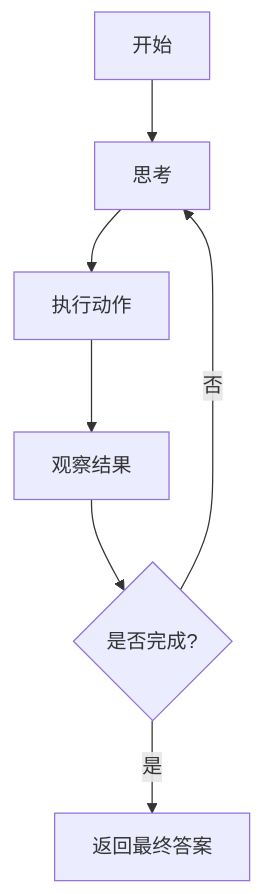
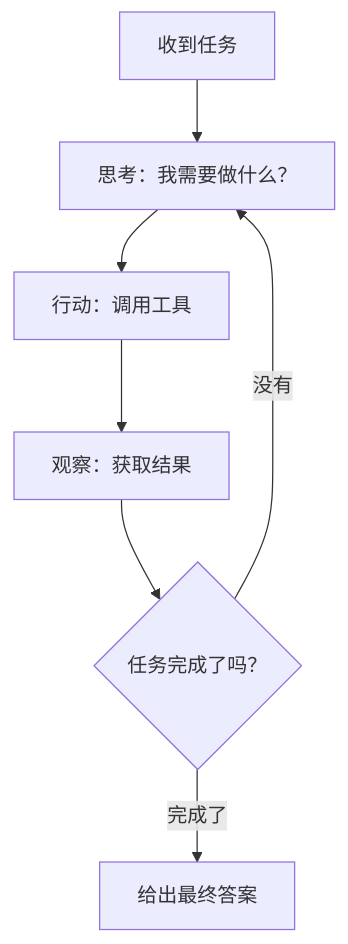
One commit to smartboot/feat changed the diagram in pages/src/content/docs/ai/agent.mdx. Above: the diagram before and after it, drawn with Mermaid. The commit also changed other lines of this file and 2 other files, not shown here.

````diff
--- a/pages/src/content/docs/ai/agent.mdx
+++ b/pages/src/content/docs/ai/agent.mdx
@@ -80,9 +77,9 @@
 ```mermaid
 graph TD
-    A[开始] --> B[思考]
-    B --> C[执行动作]
-    C --> D[观察结果]
-    D --> E{是否完成?}
-    E -->|否| B
-    E -->|是| F[返回最终答案]
+    A[收到任务] --> B[思考：我需要做什么？]
+    B --> C[行动：调用工具]
+    C --> D[观察：获取结果]
+    D --> E{任务完成了吗？}
+    E -->|没有| B
+    E -->|完成了| F[给出最终答案]
 ```
````
